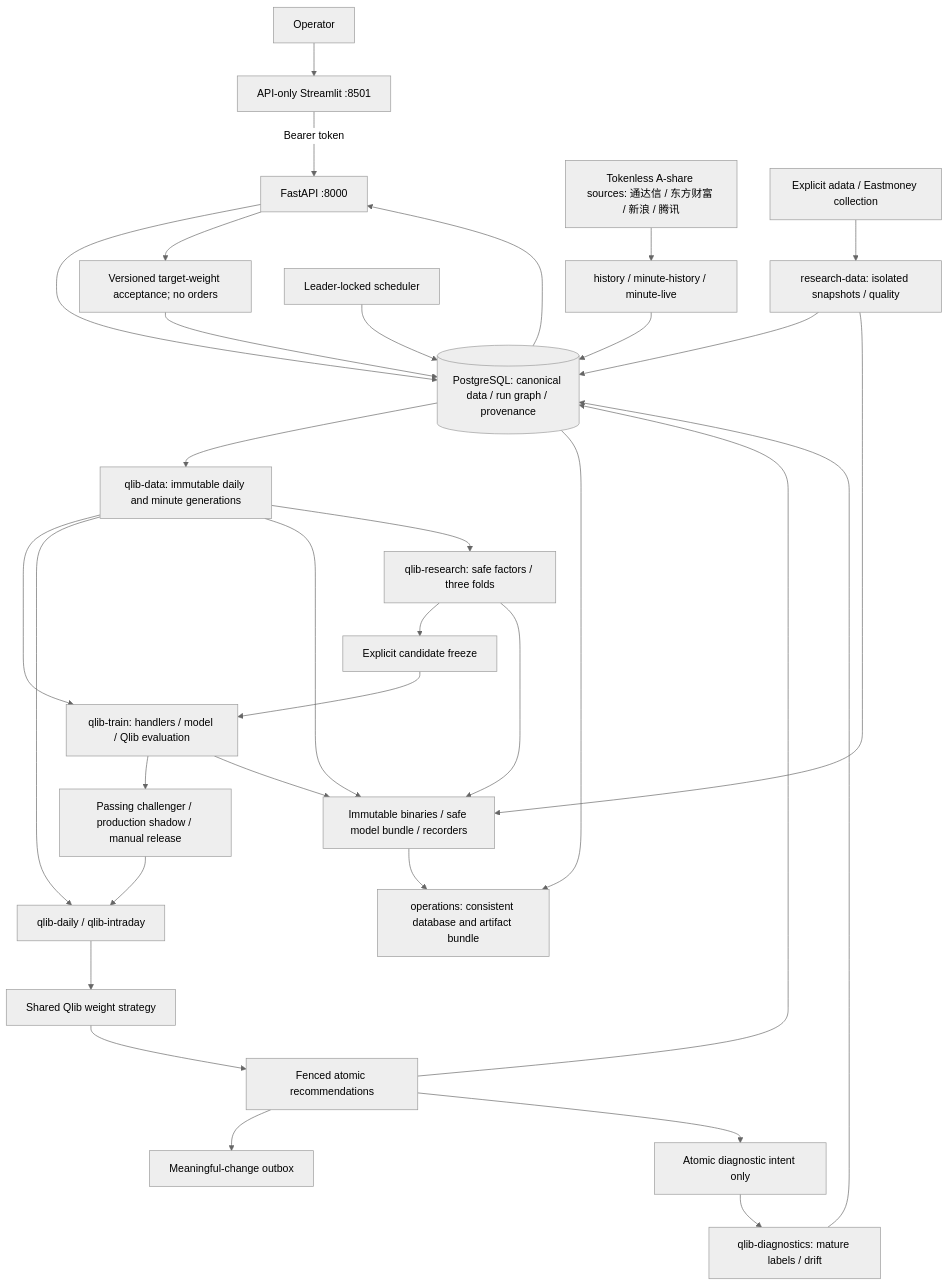
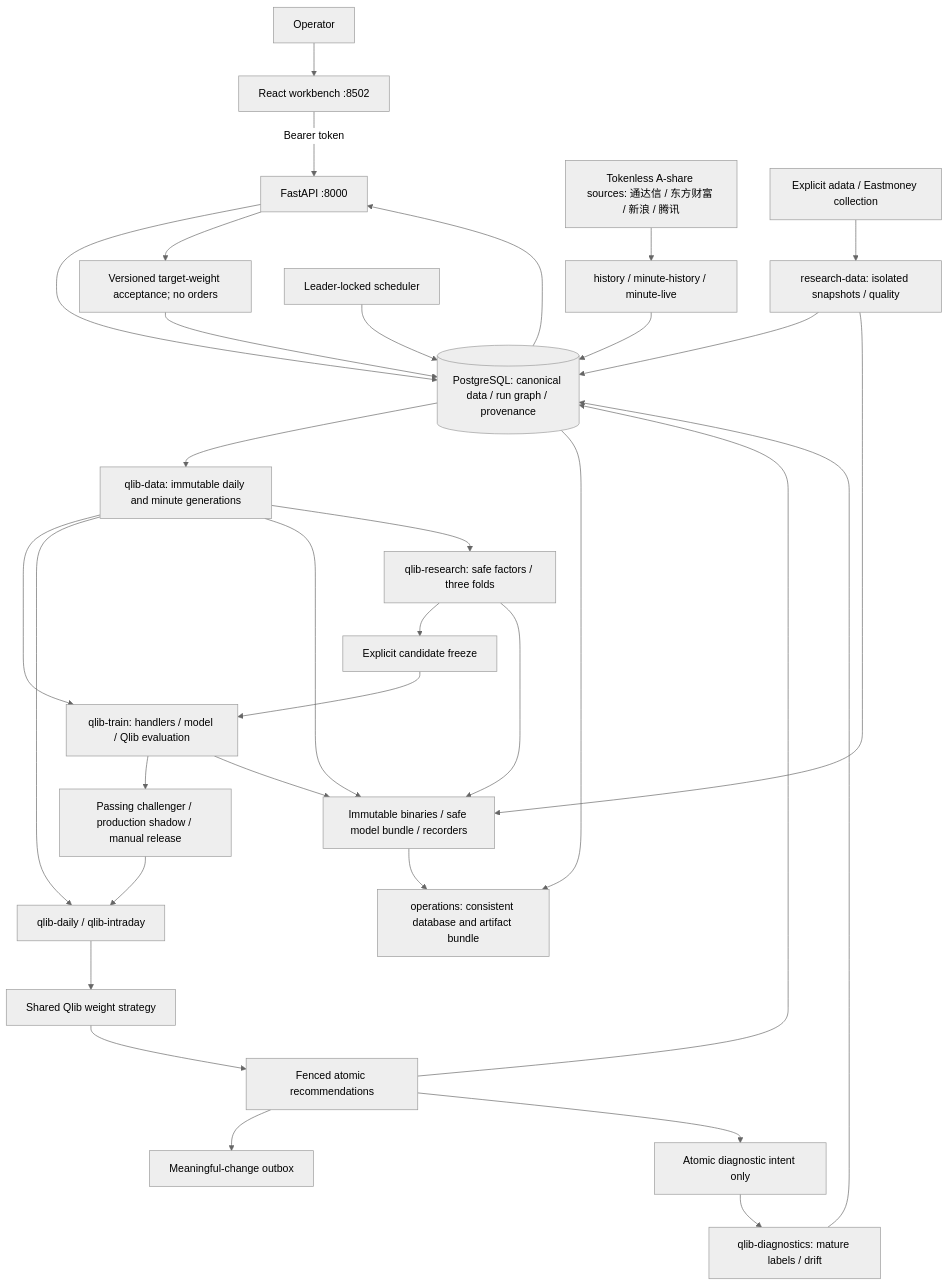
Before and after one commit to youtaya/quap: the diagram in docs/系统架构设计.md, drawn with Mermaid (neutral theme). The commit also changed other lines of this file and 27 other files, not shown here.

````diff
--- a/docs/系统架构设计.md
+++ b/docs/系统架构设计.md
@@ -19,35 +19,35 @@
 ```mermaid
 flowchart TB
-  operator[Operator] --> dashboard[API-only Streamlit :8501]
-  dashboard -->|Bearer token| api[FastAPI :8000]
+  operator[Operator] --> workbench[React workbench :8502]
+  workbench -->|Bearer token| api[FastAPI :8000]
   api --> pg[(PostgreSQL: canonical data / run graph / provenance)]
   source[Tokenless A-share sources: 通达信 / 东方财富 / 新浪 / 腾讯] --> ingest[history / minute-history / minute-live]
   ingest --> pg
   pg --> prepare[qlib-data: immutable daily and minute generations]
   prepare --> train[qlib-train: handlers / model / Qlib evaluation]
   train --> registry[Passing challenger / production shadow / manual release]
   registry --> infer[qlib-daily / qlib-intraday]
   prepare --> infer
   infer --> strategy[Shared Qlib weight strategy]
   strategy --> publish[Fenced atomic recommendations]
   publish --> pg
   pg --> api
   publish --> notify[Meaningful-change outbox]
   api --> accept[Versioned target-weight acceptance; no orders]
   accept --> pg
   scheduler[Leader-locked scheduler] --> pg
   pg --> backup[operations: consistent database and artifact bundle]
   prepare --> artifacts[Immutable binaries / safe model bundle / recorders]
   train --> artifacts
   artifacts --> backup
   optional[Explicit adata / Eastmoney collection] --> supplement[research-data: isolated snapshots / quality]
   supplement --> pg
   prepare --> experiments[qlib-research: safe factors / three folds]
   experiments --> frozen[Explicit candidate freeze]
   frozen --> train
   publish --> intent[Atomic diagnostic intent only]
   intent --> diagnostics[qlib-diagnostics: mature labels / drift]
   diagnostics --> pg
   experiments --> artifacts
   supplement --> artifacts
 ```
````
